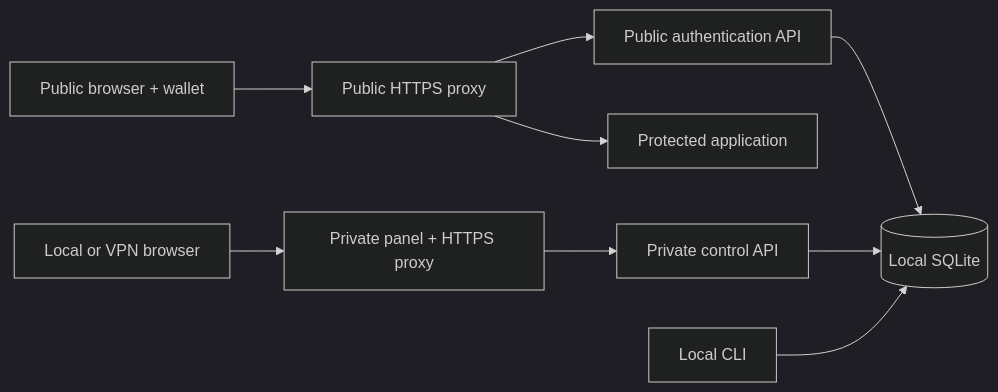
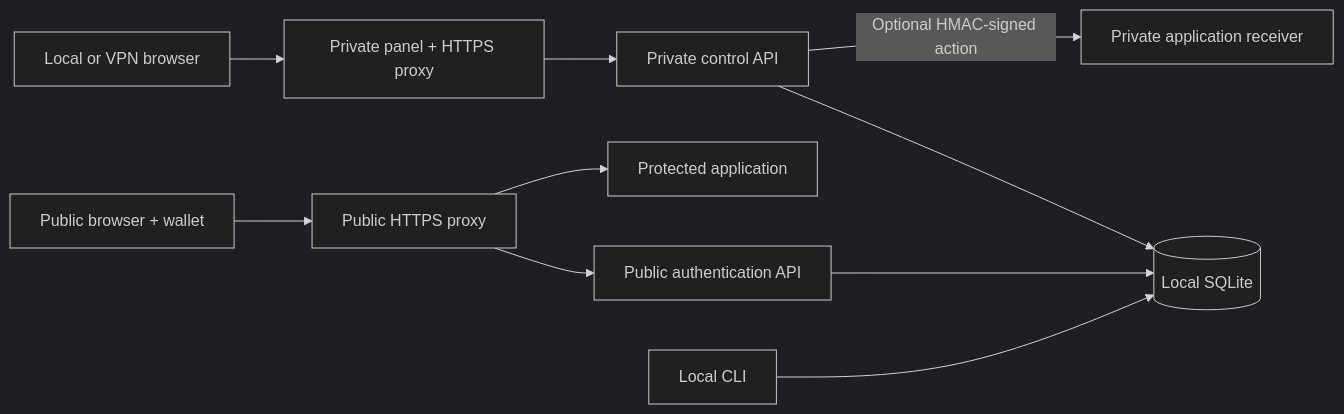
Before and after one commit to enriquegrx/gozne: the diagram in docs/02-ARCHITECTURE.md, drawn with Mermaid (dark theme). The commit also changed other lines of this file and 32 other files, not shown here.

Commit message:
Add signed webhook action delivery

````diff
--- a/docs/02-ARCHITECTURE.md
+++ b/docs/02-ARCHITECTURE.md
@@ -11,11 +11,12 @@
 ```mermaid
 flowchart LR
     U[Public browser + wallet] --> P[Public HTTPS proxy]
     P --> G[Public authentication API]
     P --> A[Protected application]
     G --> S[(Local SQLite)]
     I[Local or VPN browser] --> D[Private panel + HTTPS proxy]
     D --> C[Private control API]
     C --> S
+    C -->|Optional HMAC-signed action| R[Private application receiver]
     O[Local CLI] --> S
 ```
````
